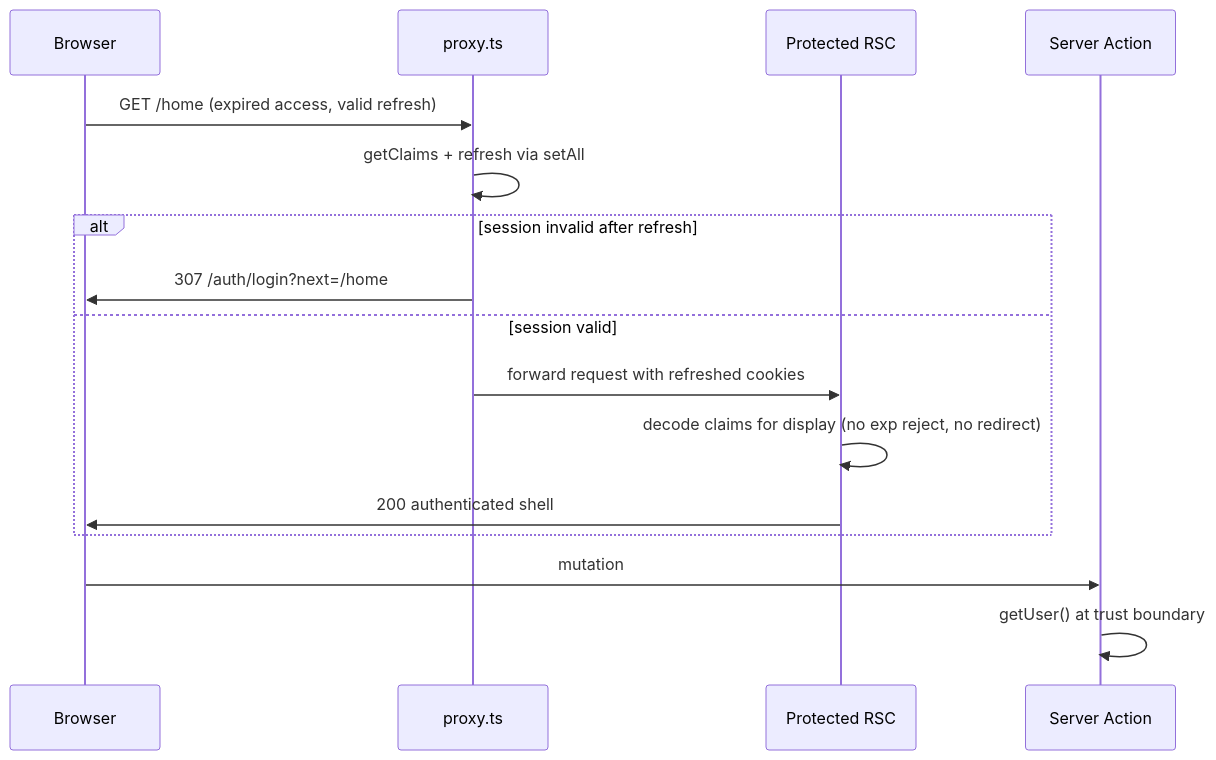
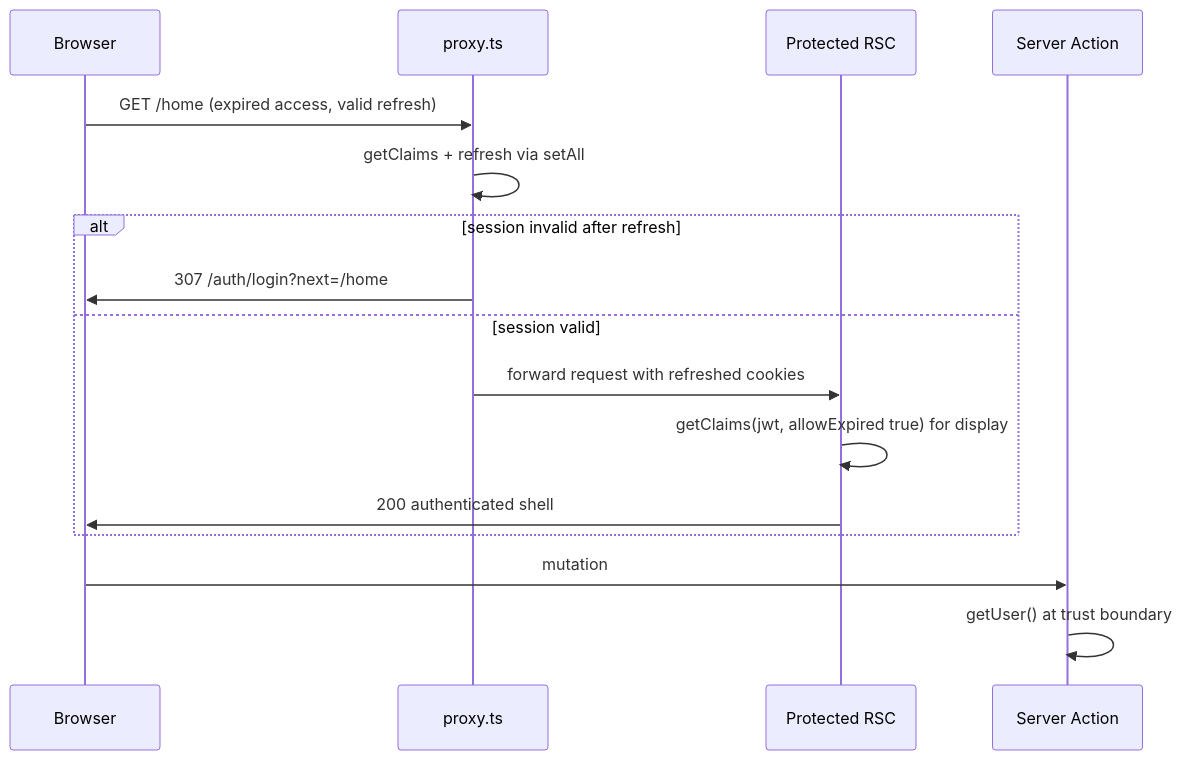
Before and after one commit to aaronwllms/seminova: the diagram in .cursor/plans/proxy_sole_auth_authority_d037e93a.plan.md, drawn with Mermaid. The commit also changed other lines of this file and 28 other files, not shown here.

````diff
--- a/.cursor/plans/proxy_sole_auth_authority_d037e93a.plan.md
+++ b/.cursor/plans/proxy_sole_auth_authority_d037e93a.plan.md
@@ -34,19 +34,19 @@
 ```mermaid
 sequenceDiagram
   participant Browser
   participant Proxy as proxy.ts
   participant RSC as Protected RSC
   participant SA as Server Action
 
   Browser->>Proxy: GET /home (expired access, valid refresh)
   Proxy->>Proxy: getClaims + refresh via setAll
   alt session invalid after refresh
     Proxy->>Browser: 307 /auth/login?next=/home
   else session valid
     Proxy->>RSC: forward request with refreshed cookies
-    RSC->>RSC: decode claims for display (no exp reject, no redirect)
+    RSC->>RSC: getClaims(jwt, allowExpired true) for display
     RSC->>Browser: 200 authenticated shell
   end
   Browser->>SA: mutation
   SA->>SA: getUser() at trust boundary
 ```
````
